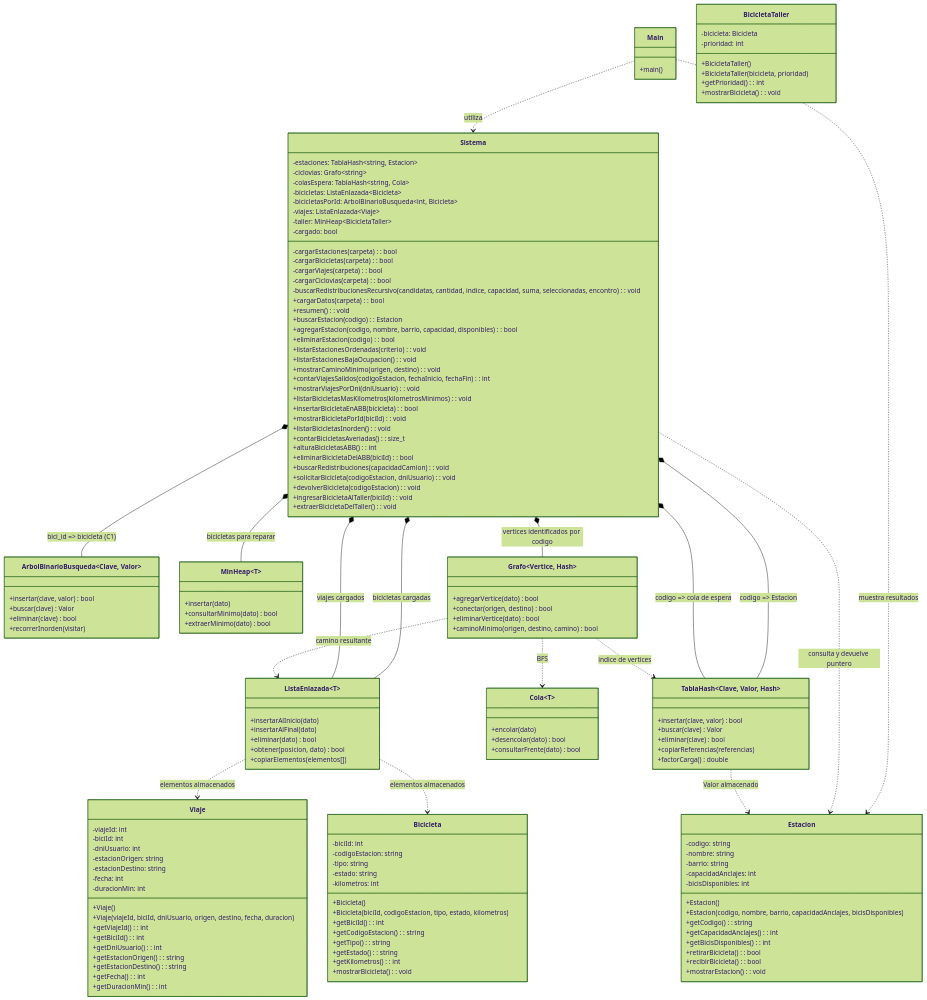
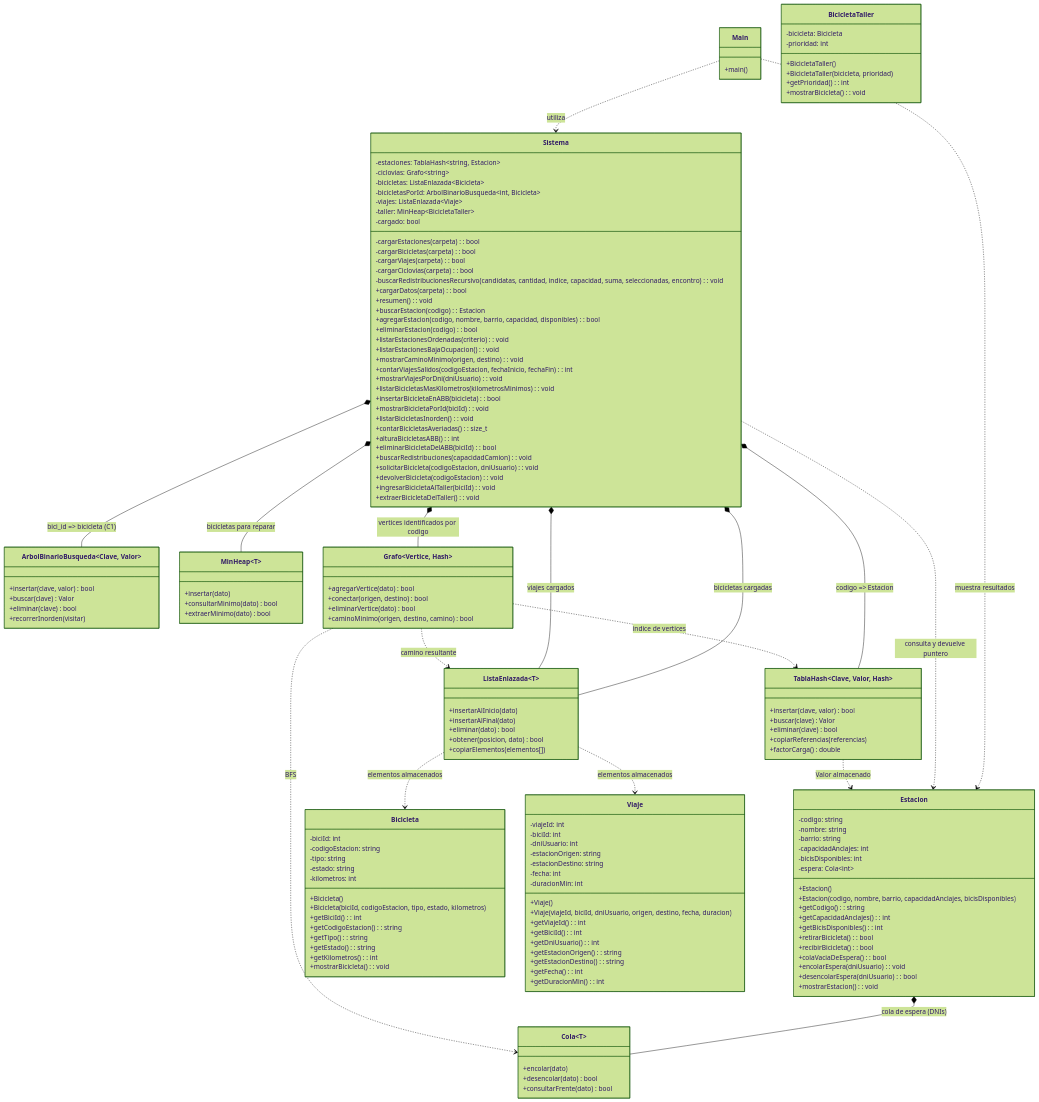
Before and after one commit to cberto/algoritmos: the diagram in TP - Integrador/UML_ACTUAL.md, drawn with Mermaid (forest theme). The commit also changed other lines of this file and 5 other files, not shown here.

Commit message:
fix cola de espera de estaciones

```diff
--- a/TP - Integrador/UML_ACTUAL.md
+++ b/TP - Integrador/UML_ACTUAL.md
@@ -16,7 +16,6 @@
         -buscarRedistribucionesRecursivo(candidatas, cantidad, indice, capacidad, suma, seleccionadas, encontro): void
         -estaciones: TablaHash~string, Estacion~
         -ciclovias: Grafo~string~
-        -colasEspera: TablaHash~string, Cola<int>~
         -bicicletas: ListaEnlazada~Bicicleta~
         -bicicletasPorId: ArbolBinarioBusqueda~int, Bicicleta~
         -viajes: ListaEnlazada~Viaje~
@@ -52,6 +51,7 @@
         -barrio: string
         -capacidadAnclajes: int
         -bicisDisponibles: int
+        -espera: Cola~int~
         +Estacion()
         +Estacion(codigo, nombre, barrio, capacidadAnclajes, bicisDisponibles)
         +getCodigo(): string
@@ -59,6 +59,9 @@
         +getBicisDisponibles(): int
         +retirarBicicleta(): bool
         +recibirBicicleta(): bool
+        +colaVaciaDeEspera(): bool
+        +encolarEspera(dniUsuario): void
+        +desencolarEspera(dniUsuario): bool
         +mostrarEstacion(): void
     }
 
@@ -152,7 +155,7 @@
     Main ..> Estacion : muestra resultados
     Sistema *-- TablaHash~string, Estacion~ : codigo => Estacion
     Sistema *-- Grafo~string~ : vertices identificados por codigo
-    Sistema *-- TablaHash~string, Cola<int>~ : codigo => cola de espera
+    Estacion *-- Cola~int~ : cola de espera (DNIs)
     Sistema *-- ListaEnlazada~Bicicleta~ : bicicletas cargadas
     Sistema *-- ArbolBinarioBusqueda~int, Bicicleta~ : bici_id => bicicleta (C1)
     Sistema *-- ListaEnlazada~Viaje~ : viajes cargados
```
